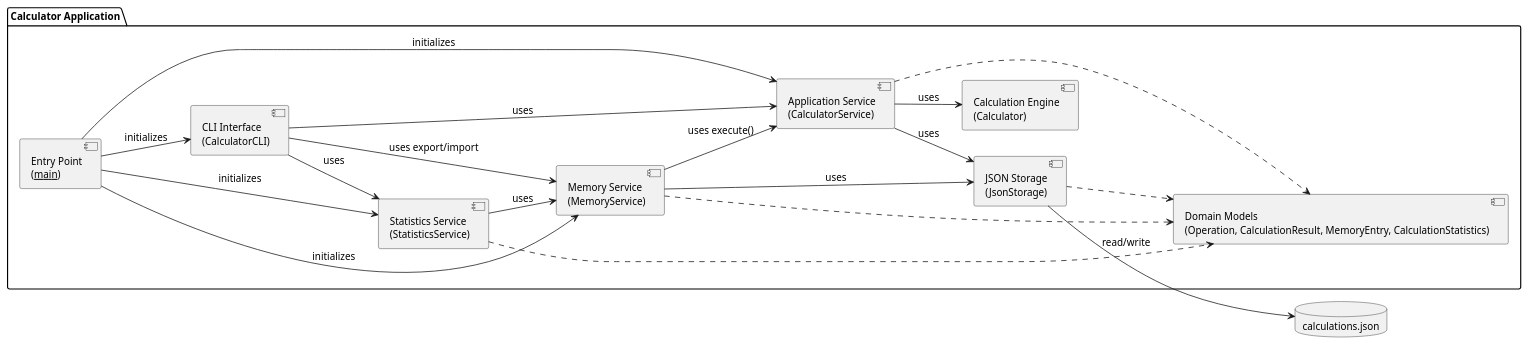
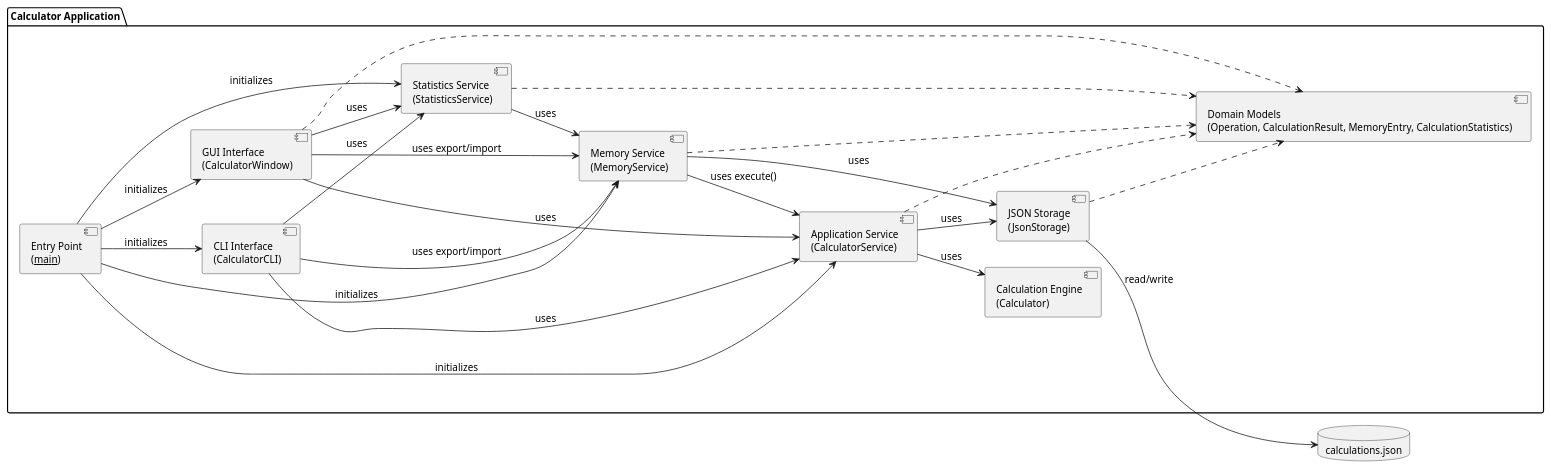
One commit to DanielRiha8906/Software_autoevolution_using_agents changed the diagram in experiments/supervisor_as_tools/user_stories/calculator/artifacts/component_diagram.puml. Above: the diagram before and after it, drawn with PlantUML. The commit also changed 7 other files, not shown here.

```diff
--- a/experiments/supervisor_as_tools/user_stories/calculator/artifacts/component_diagram.puml
+++ b/experiments/supervisor_as_tools/user_stories/calculator/artifacts/component_diagram.puml
@@ -1,42 +1,48 @@
 @startuml component_diagram
 
 skinparam componentStyle uml2
 skinparam defaultFontSize 13
 left to right direction
 
 package "Calculator Application" {
 
     component "Entry Point\n(__main__)" as Main
     component "CLI Interface\n(CalculatorCLI)" as CLI
+    component "GUI Interface\n(CalculatorWindow)" as GUI
     component "Application Service\n(CalculatorService)" as Service
     component "Memory Service\n(MemoryService)" as MemService
     component "Statistics Service\n(StatisticsService)" as StatService
     component "Calculation Engine\n(Calculator)" as Calc
     component "JSON Storage\n(JsonStorage)" as Store
     component "Domain Models\n(Operation, CalculationResult, MemoryEntry, CalculationStatistics)" as Models
 
     Main --> CLI : initializes
+    Main --> GUI : initializes
     Main --> Service : initializes
     Main --> MemService : initializes
     Main --> StatService : initializes
 
     CLI --> Service : uses
     CLI --> MemService : uses export/import
     CLI --> StatService : uses
+    GUI --> Service : uses
+    GUI --> MemService : uses export/import
+    GUI --> StatService : uses
     Service --> Calc : uses
     Service --> Store : uses
     MemService --> Service : uses execute()
     MemService --> Store : uses
     StatService --> MemService : uses
 
     Service ..> Models
     MemService ..> Models
     StatService ..> Models
     Store ..> Models
+    GUI ..> Models
 }
 
 database "calculations.json" as DB
 
 Store --> DB : read/write
 
 @enduml
```
